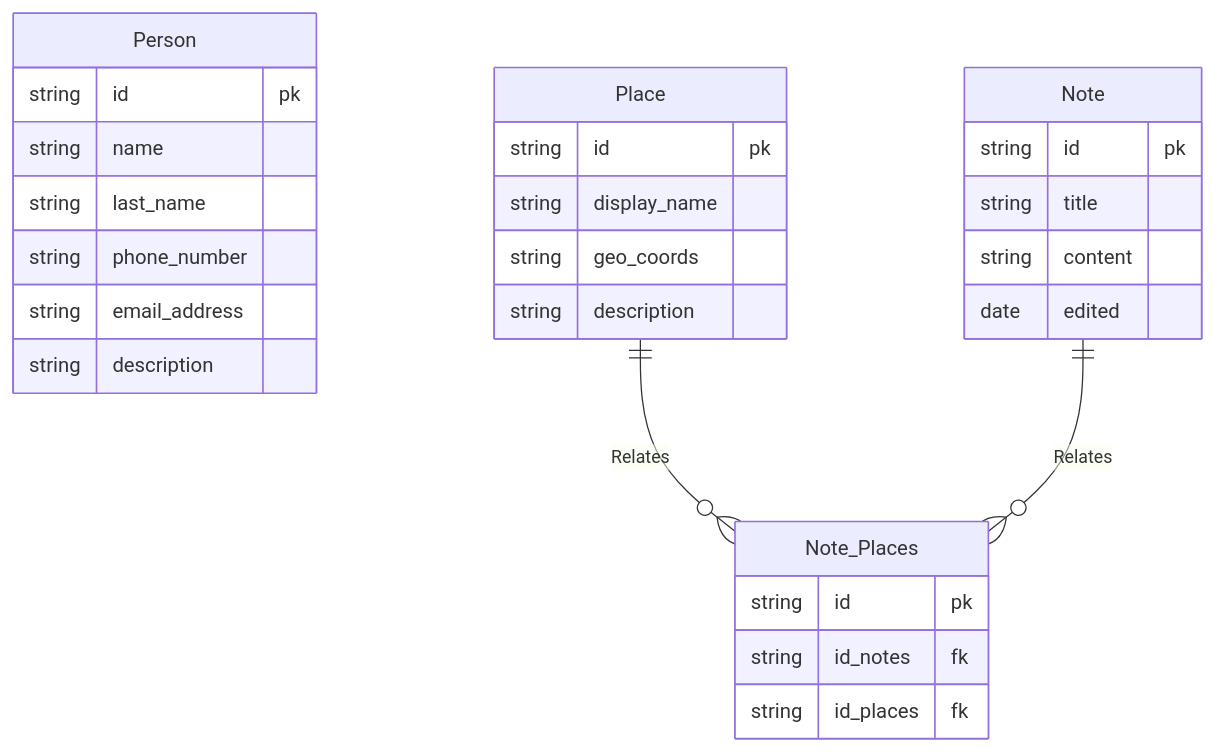
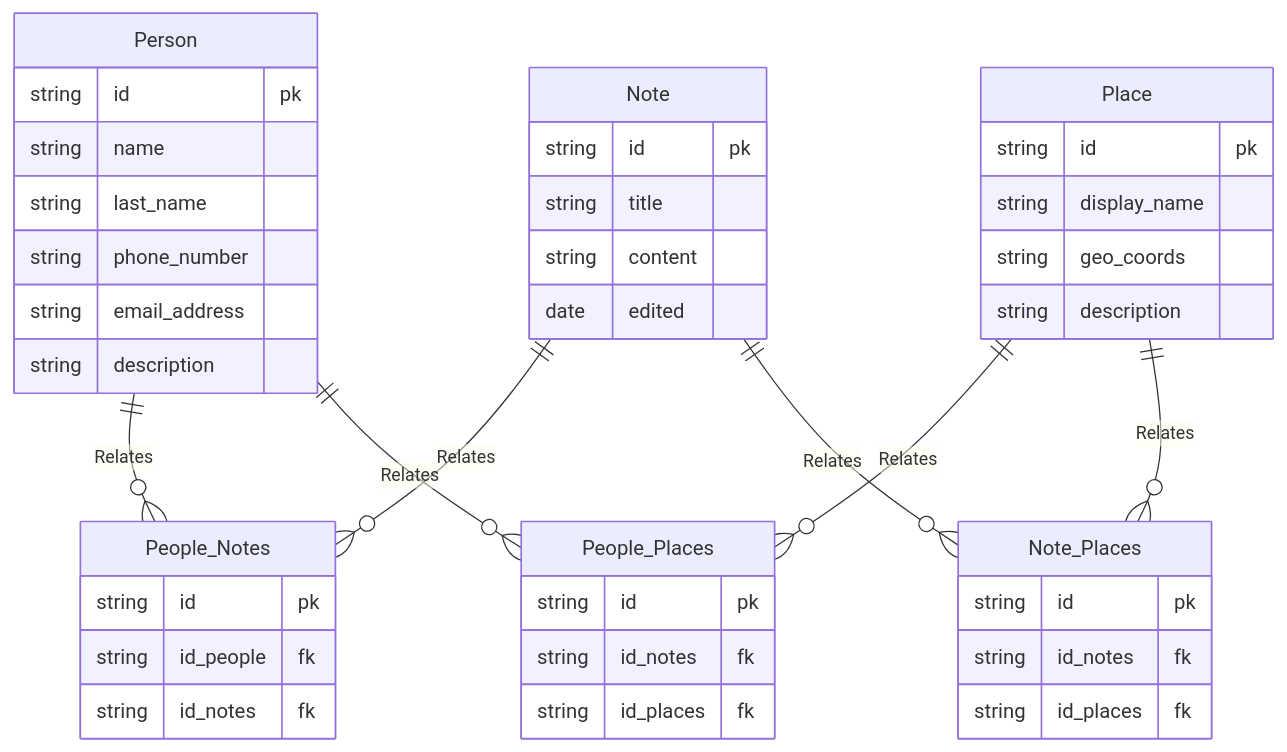
One commit to kamil-swietoniowski/fcloud changed the third of 3 diagrams in README.md. Above: the diagram before and after it, drawn with Mermaid.

Commit message:
refactor: change the structure of sql in database.rs and readme

````diff
--- a/README.md
+++ b/README.md
@@ -39,33 +39,46 @@
 ```mermaid
 erDiagram
     Person {
     string id pk
     string name
     string last_name
     string phone_number
     string email_address
     string description
     }
     Place {
         string id pk
         string display_name
         string geo_coords
         string description
     }
     Note {
         string id pk
         string title
         string content
         date edited
     }
+    People_Notes {
+        string id pk
+        string id_people fk
+        string id_notes fk
+    }
+    People_Places {
+        string id pk
+        string id_notes fk
+        string id_places fk
+    }
     Note_Places {
         string id pk
         string id_notes fk
         string id_places fk
     }
 
-   %% Person ||--o{ Relation: Relates
+    Person ||--o{ People_Notes: Relates
+    Note ||--o{ People_Notes: Relates
+    Person ||--o{ People_Places: Relates
+    Place ||--o{ People_Places: Relates
     Place ||--o{ Note_Places: Relates
     Note ||--o{ Note_Places: Relates
 
 ```
````
